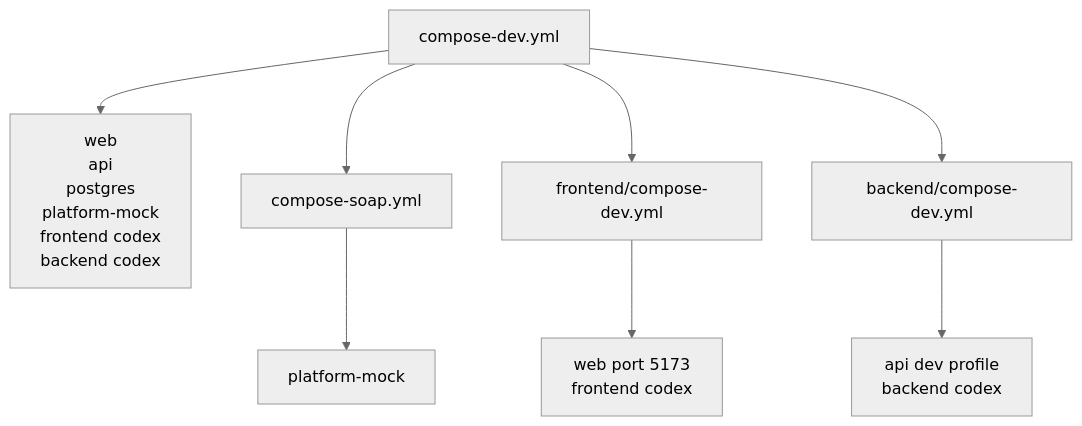
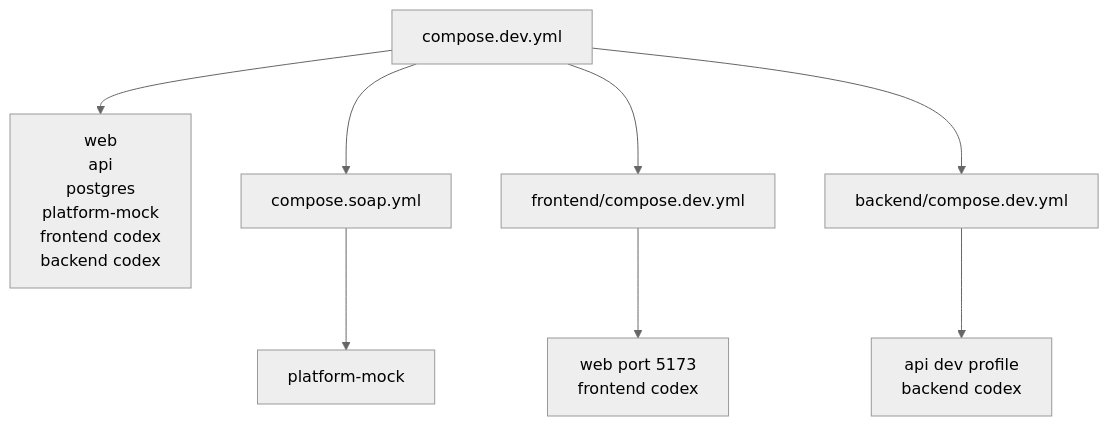
One commit to meowpow-png/wifi-admin changed the second of 3 diagrams in docs/DEPLOYMENT.md. Above: the diagram before and after it, drawn with Mermaid (neutral theme). The commit also changed other lines of this file and 13 other files, not shown here.

````diff
--- a/docs/DEPLOYMENT.md
+++ b/docs/DEPLOYMENT.md
@@ -35,23 +35,23 @@
 ```mermaid
 flowchart TD
-    DEV_NOTE["compose-dev.yml"]
+    DEV_NOTE["compose.dev.yml"]
     DEV["web<br/>api<br/>postgres<br/>platform-mock<br/>frontend codex<br/>backend codex"]
 
-    SOAP_NOTE["compose-soap.yml"]
+    SOAP_NOTE["compose.soap.yml"]
     SOAP["platform-mock"]
 
-    FRONTEND_DEV_NOTE["frontend/compose-dev.yml"]
+    FRONTEND_DEV_NOTE["frontend/compose.dev.yml"]
     FRONTEND_DEV["web port 5173<br/>frontend codex"]
 
-    BACKEND_DEV_NOTE["backend/compose-dev.yml"]
+    BACKEND_DEV_NOTE["backend/compose.dev.yml"]
     BACKEND_DEV["api dev profile<br/>backend codex"]
 
     DEV_NOTE --> DEV
     DEV_NOTE --> SOAP_NOTE
     DEV_NOTE --> FRONTEND_DEV_NOTE
     DEV_NOTE --> BACKEND_DEV_NOTE
 
     SOAP_NOTE --> SOAP
     FRONTEND_DEV_NOTE --> FRONTEND_DEV
     BACKEND_DEV_NOTE --> BACKEND_DEV
 ```
````
